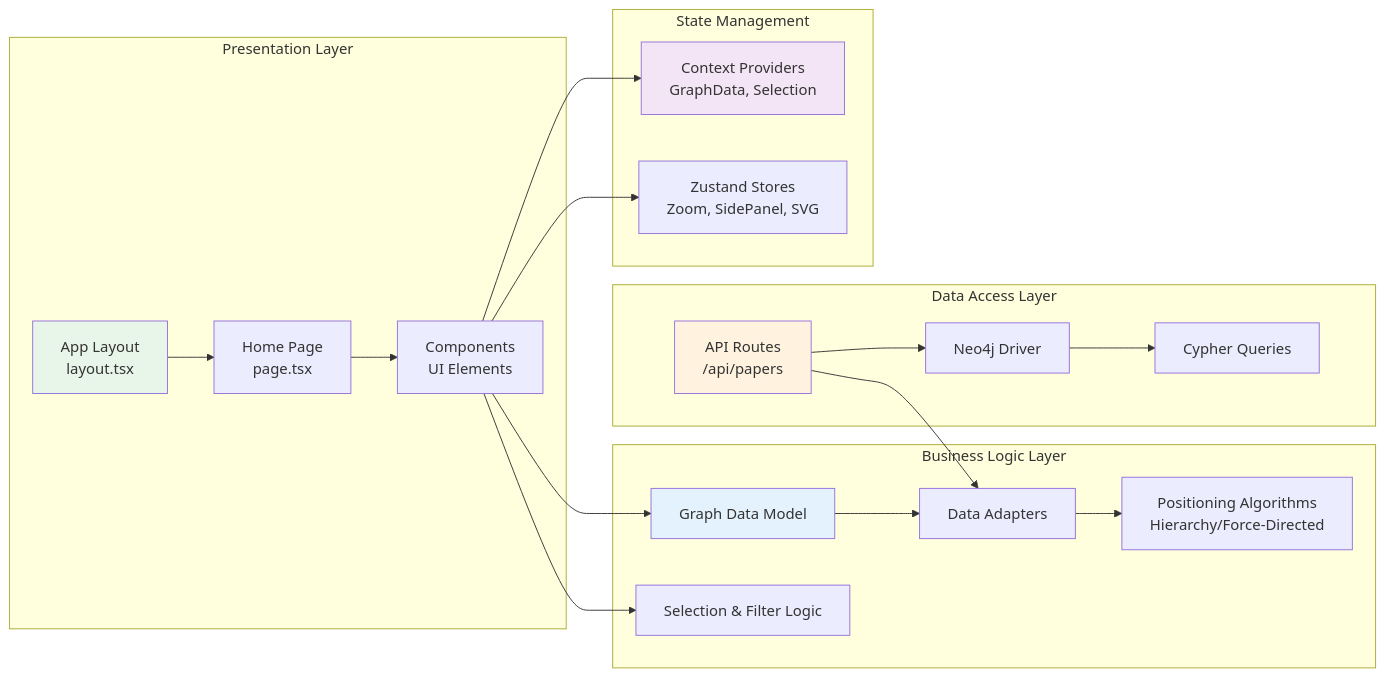
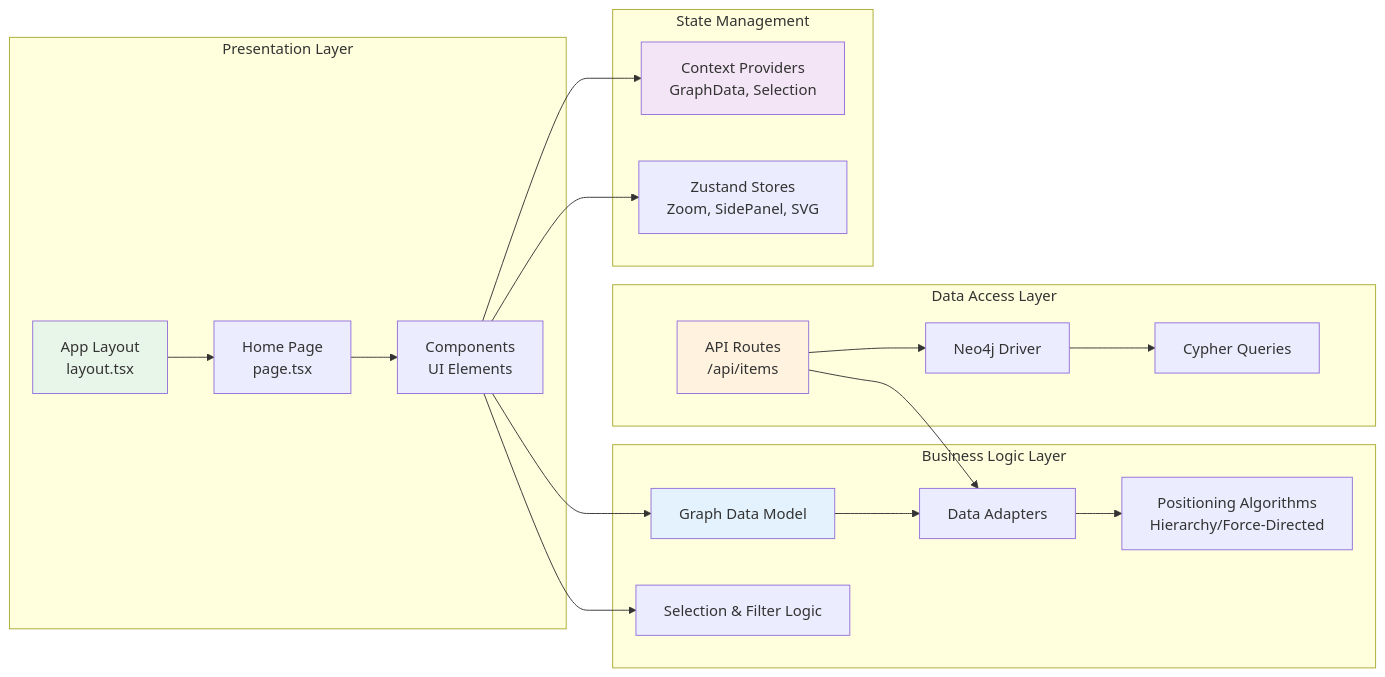
Before and after one commit to AstraZeneca/ontoverse-app: the second of 11 diagrams in ARCHITECTURE_DIAGRAMS.md, drawn with Mermaid. The commit also changed other lines of this file and 13 other files, not shown here.

````diff
--- a/ARCHITECTURE_DIAGRAMS.md
+++ b/ARCHITECTURE_DIAGRAMS.md
@@ -56,43 +56,43 @@
 ```mermaid
 graph LR
     subgraph "Presentation Layer"
         A1[App Layout<br/>layout.tsx]
         A2[Home Page<br/>page.tsx]
         A3[Components<br/>UI Elements]
     end
     
     subgraph "Business Logic Layer"
         B1[Graph Data Model]
         B2[Data Adapters]
         B3[Positioning Algorithms<br/>Hierarchy/Force-Directed]
         B4[Selection & Filter Logic]
     end
     
     subgraph "Data Access Layer"
-        C1[API Routes<br/>/api/papers]
+        C1[API Routes<br/>/api/items]
         C2[Neo4j Driver]
         C3[Cypher Queries]
     end
     
     subgraph "State Management"
         D1[Context Providers<br/>GraphData, Selection]
         D2[Zustand Stores<br/>Zoom, SidePanel, SVG]
     end
     
     A1 --> A2
     A2 --> A3
     A3 --> D1
     A3 --> D2
     A3 --> B4
     B1 --> B2
     B2 --> B3
     A3 --> B1
     C1 --> B2
     C1 --> C2
     C2 --> C3
     
     style A1 fill:#E8F5E9
     style B1 fill:#E3F2FD
     style C1 fill:#FFF3E0
     style D1 fill:#F3E5F5
 ```
````
